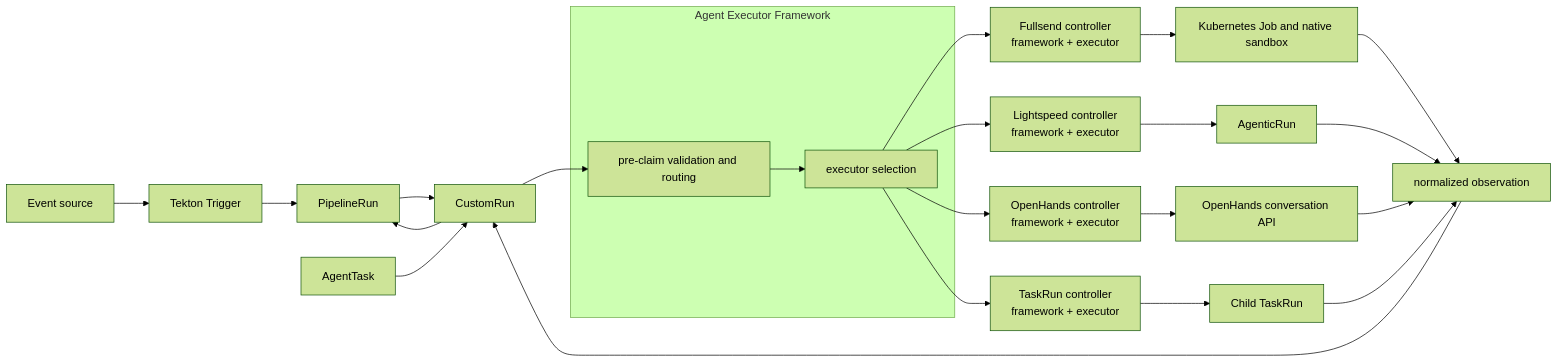
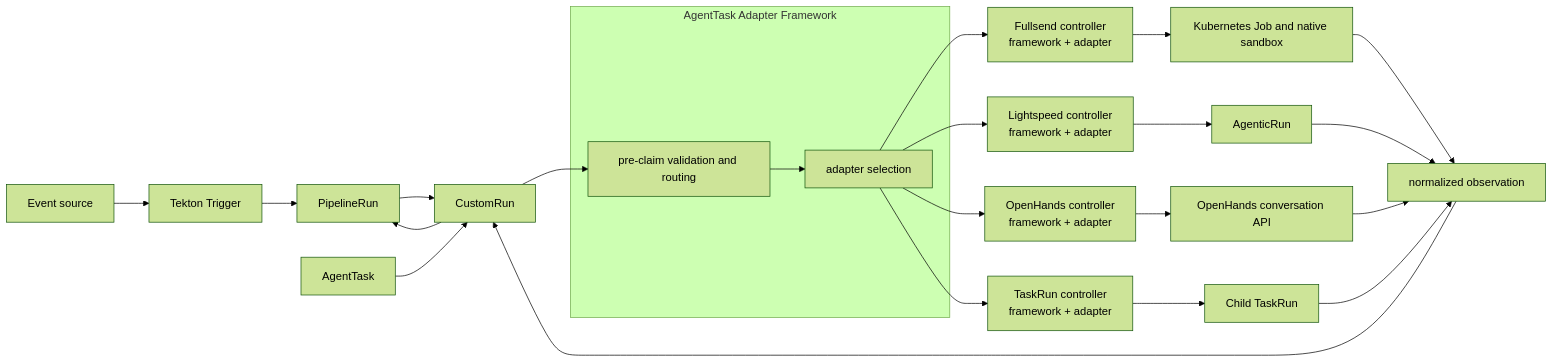
The first of 2 diagrams in teps/0170-agent-native-workflows.md (waveywaves/tekton-community), drawn with Mermaid (forest theme) before and after one commit. The commit also changed other lines of this file and 1 other file, not shown here.

Commit message:
TEP-0170: rename executors to AgentTask adapters

````diff
--- a/teps/0170-agent-native-workflows.md
+++ b/teps/0170-agent-native-workflows.md
@@ -328,31 +326,31 @@
 ```mermaid
 flowchart LR
     Event[Event source] --> Trigger[Tekton Trigger]
     Trigger --> PR[PipelineRun]
     PR --> CR[CustomRun]
     AT[AgentTask] --> CR
 
-    subgraph Framework[Agent Executor Framework]
+    subgraph Framework[AgentTask Adapter Framework]
       Lifecycle[pre-claim validation and routing]
-      Route[executor selection]
+      Route[adapter selection]
     end
 
     CR --> Lifecycle --> Route
 
-    Route --> FS[Fullsend controller<br/>framework + executor]
-    Route --> LS[Lightspeed controller<br/>framework + executor]
-    Route --> OH[OpenHands controller<br/>framework + executor]
-    Route --> TR[TaskRun controller<br/>framework + executor]
+    Route --> FS[Fullsend controller<br/>framework + adapter]
+    Route --> LS[Lightspeed controller<br/>framework + adapter]
+    Route --> OH[OpenHands controller<br/>framework + adapter]
+    Route --> TR[TaskRun controller<br/>framework + adapter]
 
     FS --> Job[Kubernetes Job and native sandbox]
     LS --> AR[AgenticRun]
     OH --> Conversation[OpenHands conversation API]
     TR --> ChildTR[Child TaskRun]
 
     Job --> Obs[normalized observation]
     AR --> Obs
     Conversation --> Obs
     ChildTR --> Obs
     Obs --> CR
     CR --> PR
 ```
````
